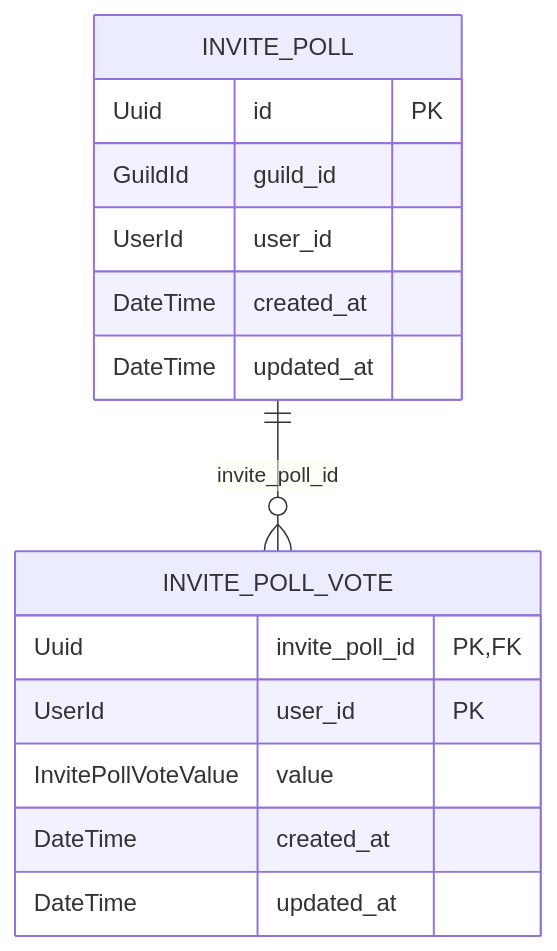
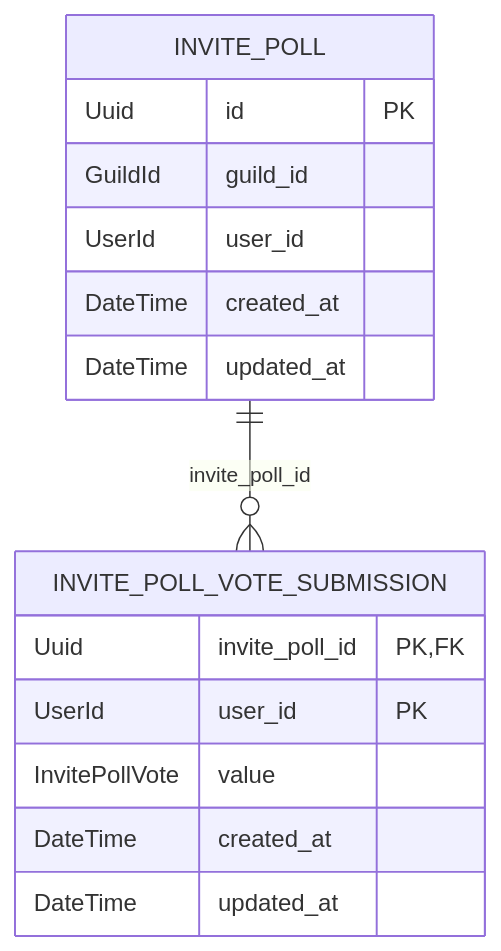
The diagram in docs/database.md (zenekron/democracy), drawn with Mermaid before and after one commit. The commit also changed 4 other files, not shown here.

Commit message:
feat(bot): create the `InvitePollVoteSubmission` entity

````diff
--- a/docs/database.md
+++ b/docs/database.md
@@ -3,20 +3,20 @@
 ```mermaid
 erDiagram
     INVITE_POLL {
         Uuid id PK
         GuildId guild_id
         UserId user_id
         DateTime created_at
         DateTime updated_at
     }
 
-    INVITE_POLL_VOTE {
+    INVITE_POLL_VOTE_SUBMISSION {
         Uuid invite_poll_id PK, FK
         UserId user_id PK
-        InvitePollVoteValue value
+        InvitePollVote value
         DateTime created_at
         DateTime updated_at
     }
 
-    INVITE_POLL ||--o{ INVITE_POLL_VOTE : "invite_poll_id"
+    INVITE_POLL ||--o{ INVITE_POLL_VOTE_SUBMISSION : "invite_poll_id"
 ```
````
